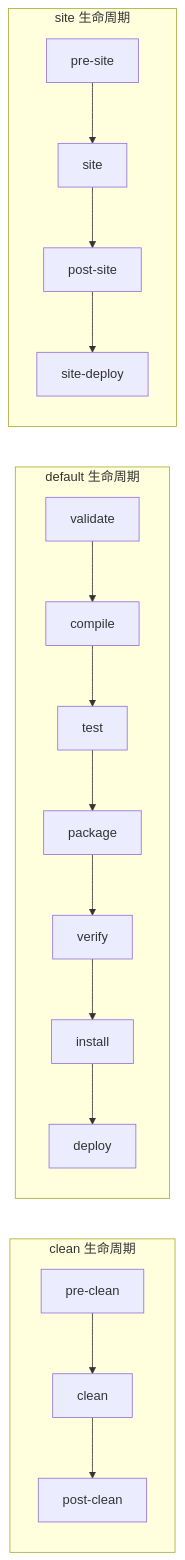
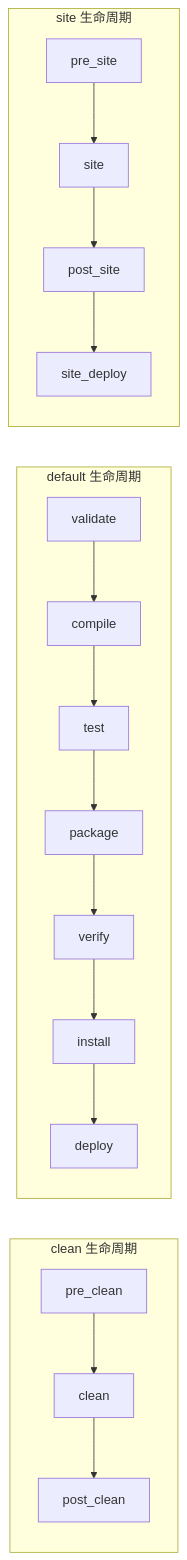
One commit to kane201x/javadoc changed the second of 7 diagrams in 13-devops/README.md. Above: the diagram before and after it, drawn with Mermaid. The commit also changed other lines of this file and 12 other files, not shown here.

First line of the commit message:
fix: correct mermaid diagram syntax across all modules

````diff
--- a/13-devops/README.md
+++ b/13-devops/README.md
@@ -225,14 +225,14 @@
 ```mermaid
 flowchart LR
     subgraph Clean["clean 生命周期"]
-        pre-clean --> clean --> post-clean
+        pre_clean --> clean --> post_clean
     end
 
     subgraph Default["default 生命周期"]
         validate --> compile --> test --> package --> verify --> install --> deploy
     end
 
     subgraph Site["site 生命周期"]
-        pre-site --> site --> post-site --> site-deploy
+        pre_site --> site --> post_site --> site_deploy
     end
 ```
````
